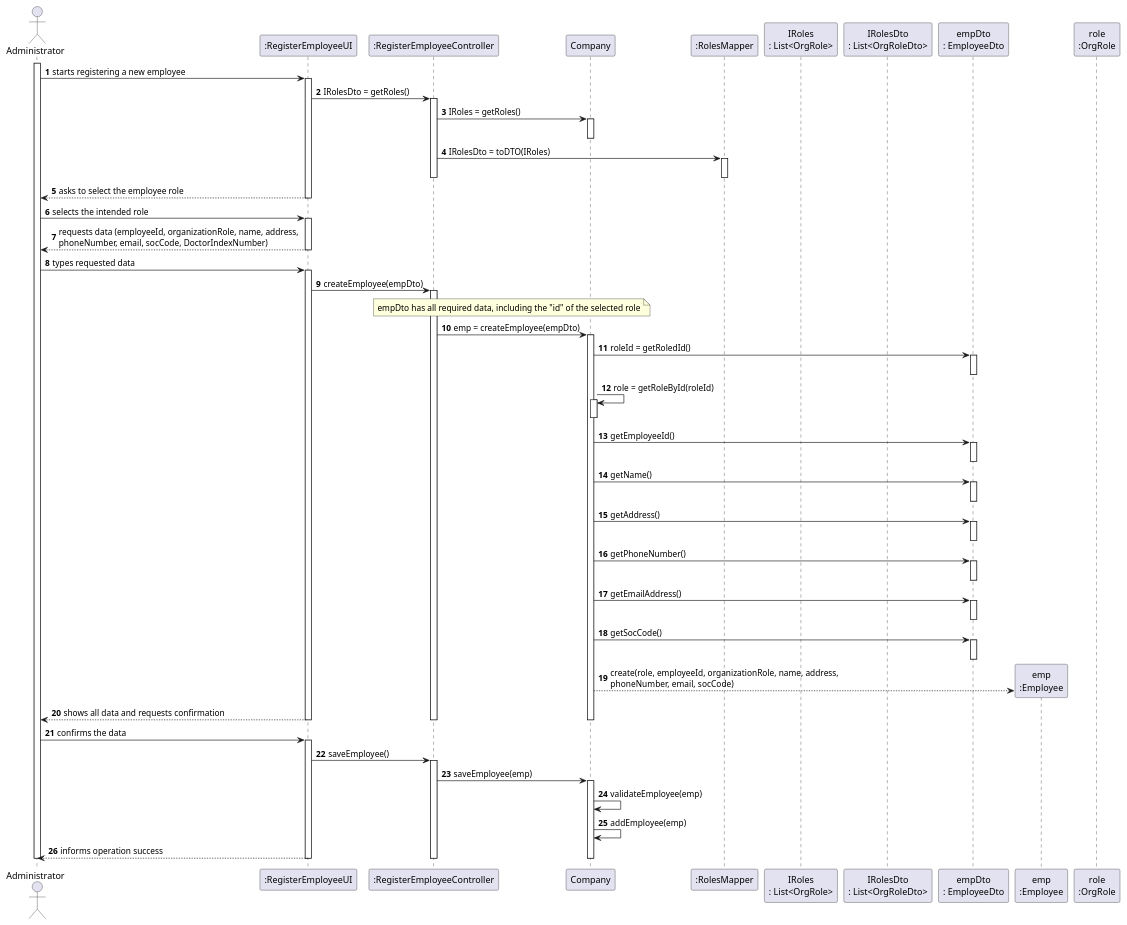
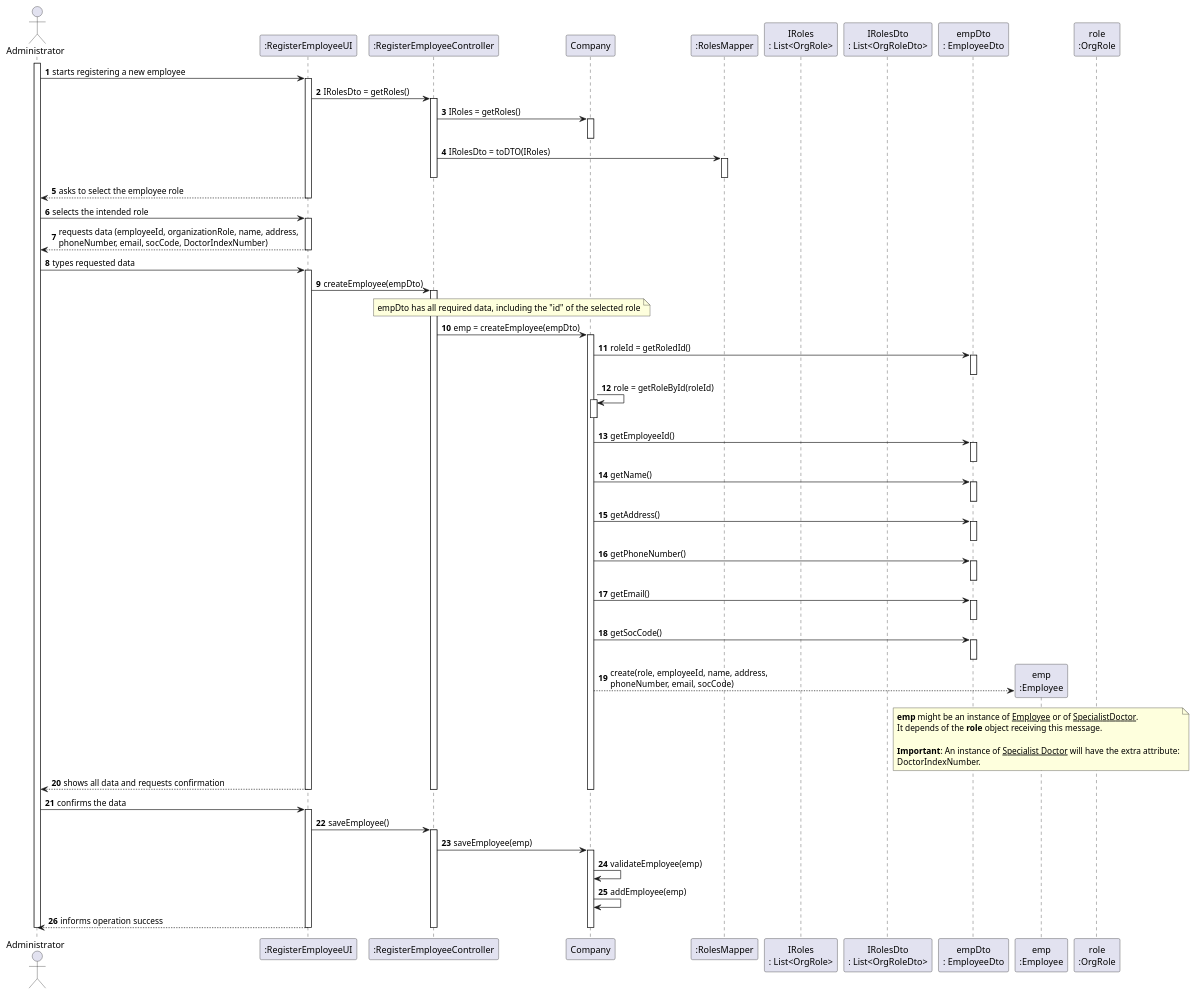
The diagram in docs/SprintB/US_7/US7_SDwithDTO.puml (ana-albergaria/LAPR2-ISEP), drawn with PlantUML before and after one commit. The commit also changed 4 other files, not shown here.

```diff
--- a/docs/SprintB/US_7/US7_SDwithDTO.puml
+++ b/docs/SprintB/US_7/US7_SDwithDTO.puml
@@ -1,168 +1,174 @@
 @startuml
 autonumber
 'hide footbox
 actor "Administrator" as ADM
 
 participant ":RegisterEmployeeUI" as UI
 participant ":RegisterEmployeeController" as CTRL
 /'participant "ApplicationPOT" as _APP
 participant "app\n:ApplicationPOT" as APP
 participant "session\n:UserSession" as SESSAO'/
 /'participant ":Platform" as PLAT'/
 participant "Company" as ORG
 participant ":RolesMapper" as ROLES_MAPPER
 participant "IRoles\n: List<OrgRole>" as LIST_ORG_ROLE
 participant "IRolesDto\n: List<OrgRoleDto>" as LIST_ORGROLE_DTO
 participant "empDto\n: EmployeeDto" as EMP_DTO
 /'participant "emp\n:Receptionist" as RECEPTIONIST
 participant "emp\n:Doctor" as DOCTOR'/
 participant "emp\n:Employee" as EMPLOYEE
 participant "role\n:OrgRole"
 /'participant "cat\n:Category" as CAT
 participant "lc\n:List<Category>" as LIST_CAT'/
 
 activate ADM
 ADM -> UI : starts registering a new employee
 activate UI
 
 UI -> CTRL : IRolesDto = getRoles()
 activate CTRL
 
 CTRL -> ORG : IRoles = getRoles()
 activate ORG
 deactivate ORG
 
 CTRL -> ROLES_MAPPER : IRolesDto = toDTO(IRoles)
 activate ROLES_MAPPER
 deactivate ROLES_MAPPER
 
 deactivate CTRL
 
 UI --> ADM : asks to select the employee role
 deactivate UI
 
 ADM -> UI : selects the intended role
 activate UI
 
 /'UI -> CTRL : lc=getTaskCategories()
 activate CTRL'/
 
 /'CTRL -> PLAT : lc=getTaskCategories()
 activate PLAT
 |||
 deactivate PLAT
 deactivate CTRL'/
 
 UI --> ADM : requests data (employeeId, organizationRole, name, address, \nphoneNumber, email, socCode, DoctorIndexNumber)
 /'deactivate PLAT'/
 deactivate UI
 
 ADM -> UI : types requested data
 activate UI
 
 UI -> CTRL : createEmployee(empDto)
 activate CTRL
 
 /'
 CTRL -> PLAT : cat=getCategoryById(categoryId)
 activate PLAT
 |||
 deactivate PLAT'/
 /'
 CTRL -> _APP: app = getInstance()
 activate _APP
 |||
 deactivate _APP
 
 CTRL -> APP: session = getCurrentSession()
 activate APP
 |||
 deactivate APP
 
 CTRL -> SESSAO: email = getUserEmail()
 activate SESSAO
 |||
 deactivate SESSAO
 
 CTRL -> PLAT: org = getOrganizationByUserEmail(email)
 activate PLAT
 |||
 deactivate PLAT'/
 
 note over CTRL, ORG
 empDto has all required data, including the "id" of the selected role
 end note
 CTRL -> ORG: emp = createEmployee(empDto)
 activate ORG
 
 ORG -> EMP_DTO : roleId = getRoledId()
 activate EMP_DTO
 deactivate EMP_DTO
 
 ORG -> ORG : role = getRoleById(roleId)
 activate ORG
 deactivate ORG
 
 ORG -> EMP_DTO : getEmployeeId()
 activate EMP_DTO
 deactivate EMP_DTO
 
 ORG -> EMP_DTO : getName()
 activate EMP_DTO
 deactivate EMP_DTO
 
 ORG -> EMP_DTO : getAddress()
 activate EMP_DTO
 deactivate EMP_DTO
 
 ORG -> EMP_DTO : getPhoneNumber()
 activate EMP_DTO
 deactivate EMP_DTO
 
-ORG -> EMP_DTO : getEmailAddress()
+ORG -> EMP_DTO : getEmail()
 activate EMP_DTO
 deactivate EMP_DTO
 
 ORG -> EMP_DTO : getSocCode()
 activate EMP_DTO
 deactivate EMP_DTO
 
 
-ORG --> EMPLOYEE**: create(role, employeeId, organizationRole, name, address, \nphoneNumber, email, socCode)
+ORG --> EMPLOYEE**: create(role, employeeId, name, address, \nphoneNumber, email, socCode)
 /'ORG -> ORG: validateTask(task)'/
+note over EMPLOYEE
+**emp** might be an instance of __Employee__ or of __SpecialistDoctor__.
+It depends of the **role** object receiving this message.
 
+**Important**: An instance of __Specialist Doctor__ will have the extra attribute:
+DoctorIndexNumber.
+end note
 
 note over ORG
 end note
 
 /'PODIA COMENTAR'/
 /'CTRL --> UI: result'/
 
 UI --> ADM: shows all data and requests confirmation
 deactivate ORG
 /'deactivate PLAT'/
 deactivate CTRL
 deactivate UI
 
 ADM -> UI : confirms the data
 activate UI
 UI -> CTRL : saveEmployee()
 activate CTRL
 
 CTRL -> ORG : saveEmployee(emp)
 activate ORG
 
 ORG -> ORG: validateEmployee(emp)
 ORG -> ORG: addEmployee(emp)
 
 /'PODIA COMENTAR'/
 /'CTRL --> UI: result'/
 
 UI --> ADM : informs operation success
 deactivate ORG
 deactivate CTRL
 deactivate UI
 
 deactivate ADM
 
 @enduml
```
